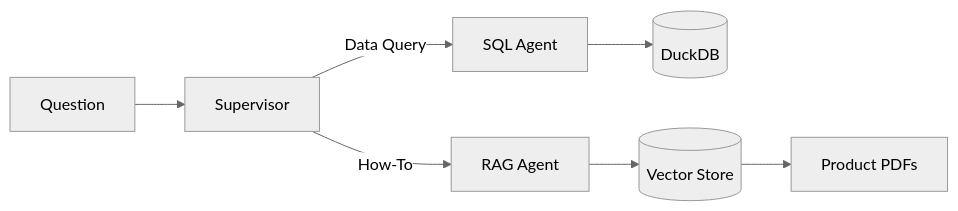
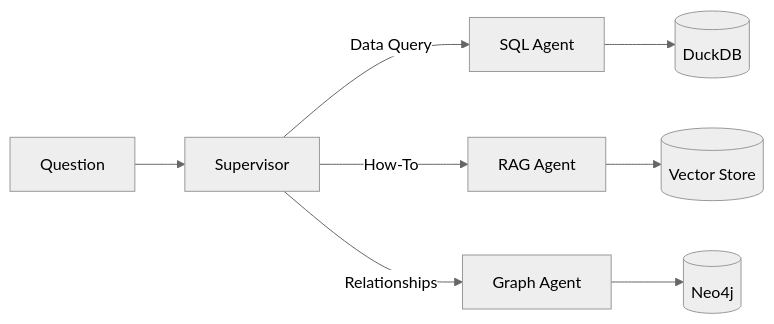
One commit to sazzad-kamal/crm-agentic-reasoning-engine changed the fourth of 4 diagrams in README.md. Above: the diagram before and after it, drawn with Mermaid (neutral theme). The commit also changed other lines of this file, not shown here.

First line of the commit message:
Update README to match current architecture

````diff
--- a/README.md
+++ b/README.md
@@ -143,9 +144,10 @@
 ```mermaid
 flowchart LR
     Q[Question] --> S[Supervisor]
     S -->|Data Query| SQL[SQL Agent]
     S -->|How-To| RAG[RAG Agent]
+    S -->|Relationships| GR[Graph Agent]
     SQL --> DB[(DuckDB)]
     RAG --> VS[(Vector Store)]
-    VS --> PDF[Product PDFs]
+    GR --> N4[(Neo4j)]
 ```
````
